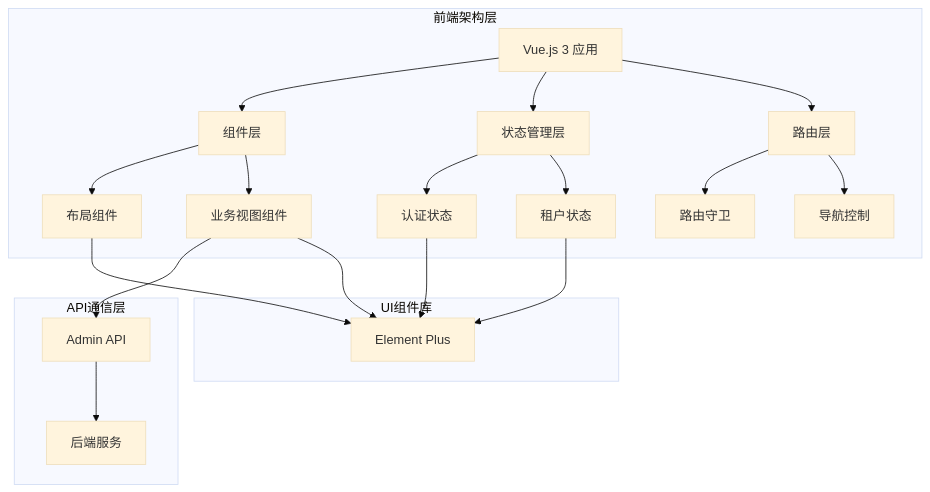
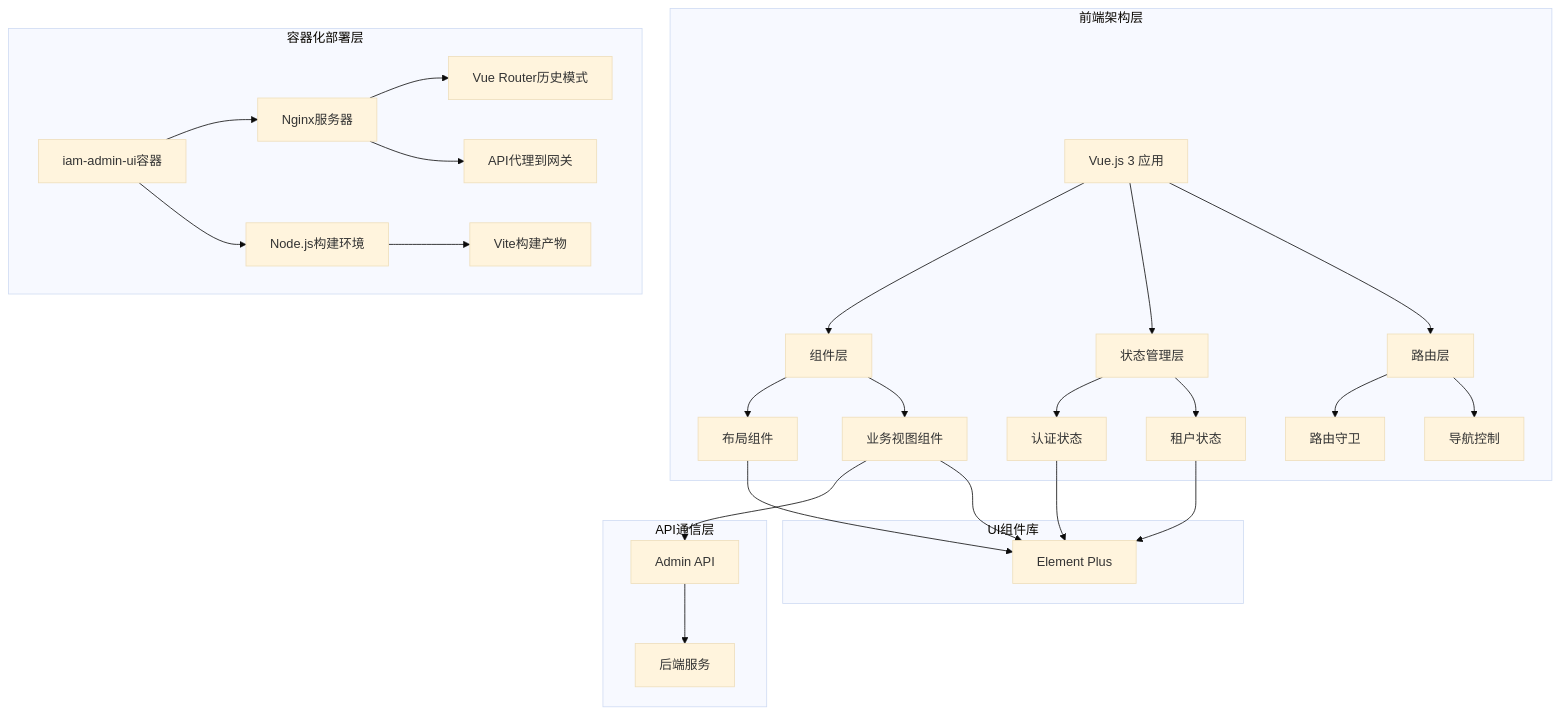
One commit to fq0121104930716/iam-platform changed the second of 8 diagrams in .qoder/repowiki/zh/content/核心模块/Vue.js管理界面.md. Above: the diagram before and after it, drawn with Mermaid (base theme). The commit also changed other lines of this file and 6 other files, not shown here.

````diff
--- a/.qoder/repowiki/zh/content/核心模块/Vue.js管理界面.md
+++ b/.qoder/repowiki/zh/content/核心模块/Vue.js管理界面.md
@@ -104,24 +130,31 @@
 ```mermaid
 graph TB
 subgraph "前端架构层"
 A[Vue.js 3 应用] --> B[组件层]
 A --> C[状态管理层]
 A --> D[路由层]
 B --> E[布局组件]
 B --> F[业务视图组件]
 C --> G[认证状态]
 C --> H[租户状态]
 D --> I[路由守卫]
 D --> J[导航控制]
 end
+subgraph "容器化部署层"
+K[iam-admin-ui容器] --> L[Nginx服务器]
+K --> M[Node.js构建环境]
+L --> N[Vue Router历史模式]
+L --> O[API代理到网关]
+M --> P[Vite构建产物]
+end
 subgraph "API通信层"
-F --> K[Admin API]
-K --> L[后端服务]
+F --> Q[Admin API]
+Q --> R[后端服务]
 end
 subgraph "UI组件库"
-E --> M[Element Plus]
-F --> M
-G --> M
-H --> M
+E --> S[Element Plus]
+F --> S
+G --> S
+H --> S
 end
 ```
````
